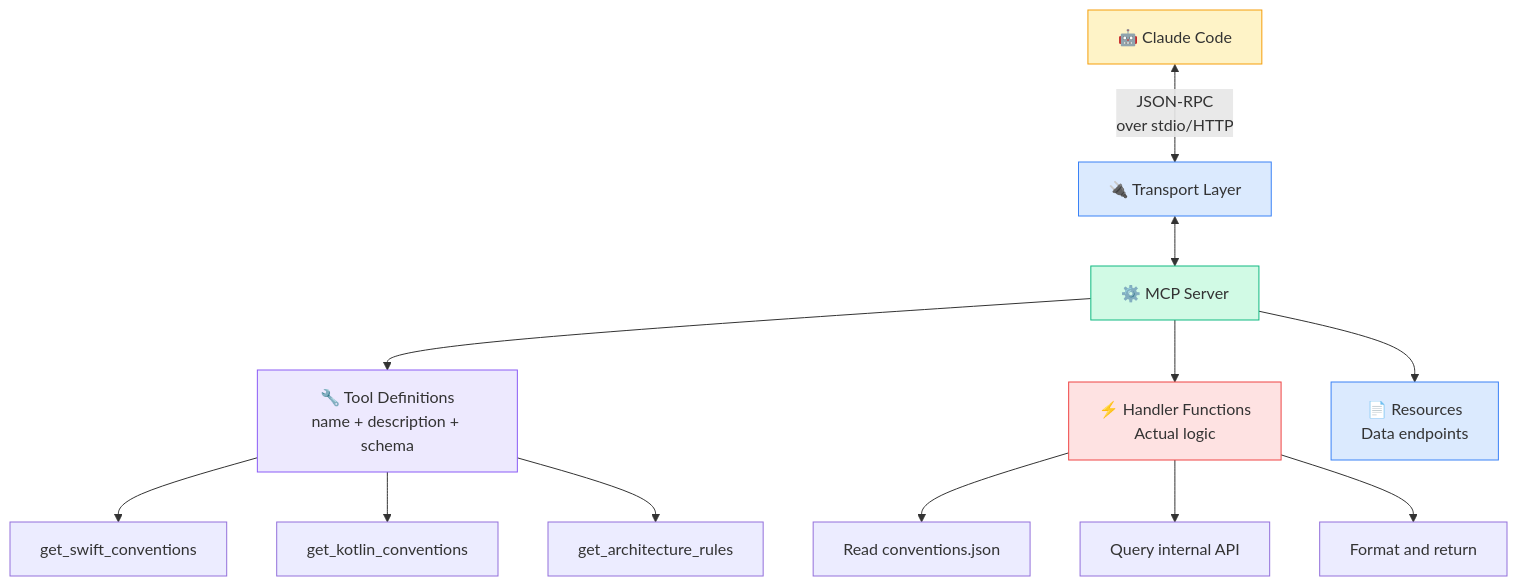
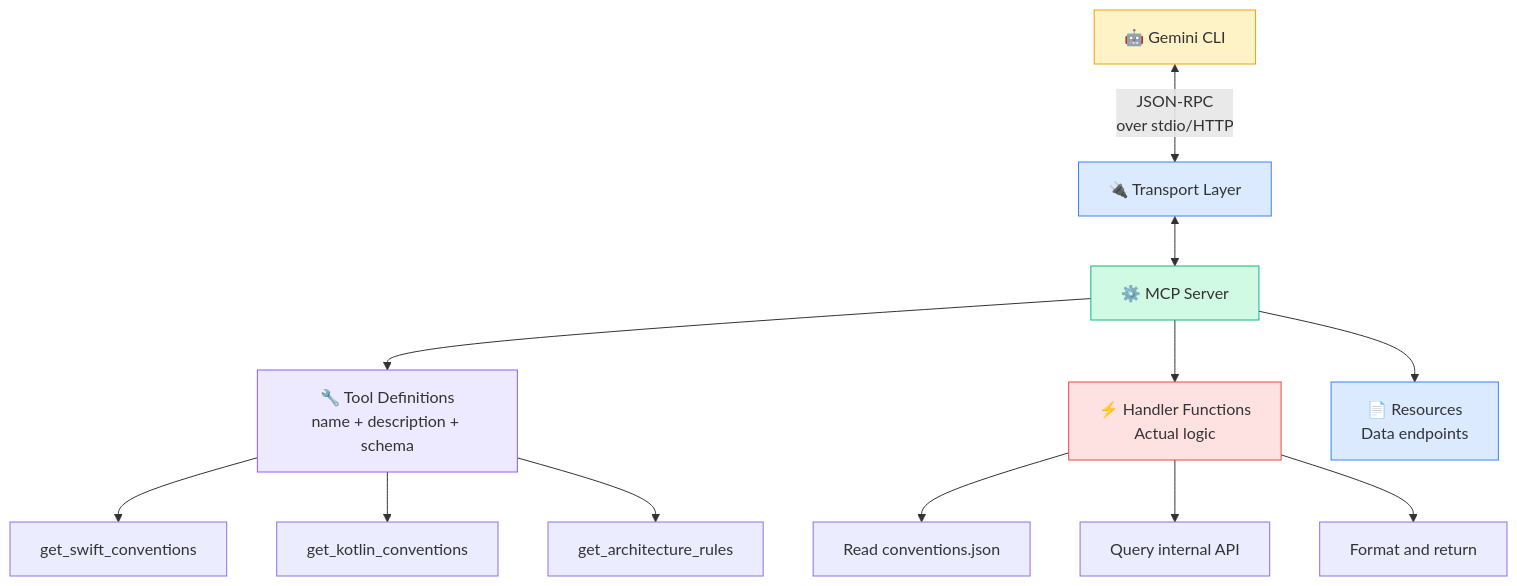
One commit to mariusjcb/gh-agentic-code-guides changed the diagram in Part 3 — Agentic Patterns/11-custom-mcp.md. Above: the diagram before and after it, drawn with Mermaid. The commit also changed other lines of this file and 1 other file, not shown here.

First line of the commit message:
Adapt MCP server guides for Gemini CLI

````diff
--- a/Part 3 — Agentic Patterns/11-custom-mcp.md
+++ b/Part 3 — Agentic Patterns/11-custom-mcp.md
@@ -45,24 +45,24 @@
 ```mermaid
 flowchart TB
-    CC["🤖 Claude Code"] <-->|"JSON-RPC\nover stdio/HTTP"| TR["🔌 Transport Layer"]
+    CC["🤖 Gemini CLI"] <-->|"JSON-RPC\nover stdio/HTTP"| TR["🔌 Transport Layer"]
     TR <--> SV["⚙️ MCP Server"]
 
     SV --> TD["🔧 Tool Definitions\nname + description + schema"]
     SV --> HF["⚡ Handler Functions\nActual logic"]
     SV --> RS["📄 Resources\nData endpoints"]
 
     TD --> T1["get_swift_conventions"]
     TD --> T2["get_kotlin_conventions"]
     TD --> T3["get_architecture_rules"]
 
     HF --> H1["Read conventions.json"]
     HF --> H2["Query internal API"]
     HF --> H3["Format and return"]
 
     style CC fill:#fef3c7,stroke:#f59e0b
     style TR fill:#dbeafe,stroke:#3b82f6
     style SV fill:#d1fae5,stroke:#10b981
     style TD fill:#ede9fe,stroke:#8b5cf6
     style HF fill:#fee2e2,stroke:#ef4444
     style RS fill:#dbeafe,stroke:#3b82f6
 ```
````
